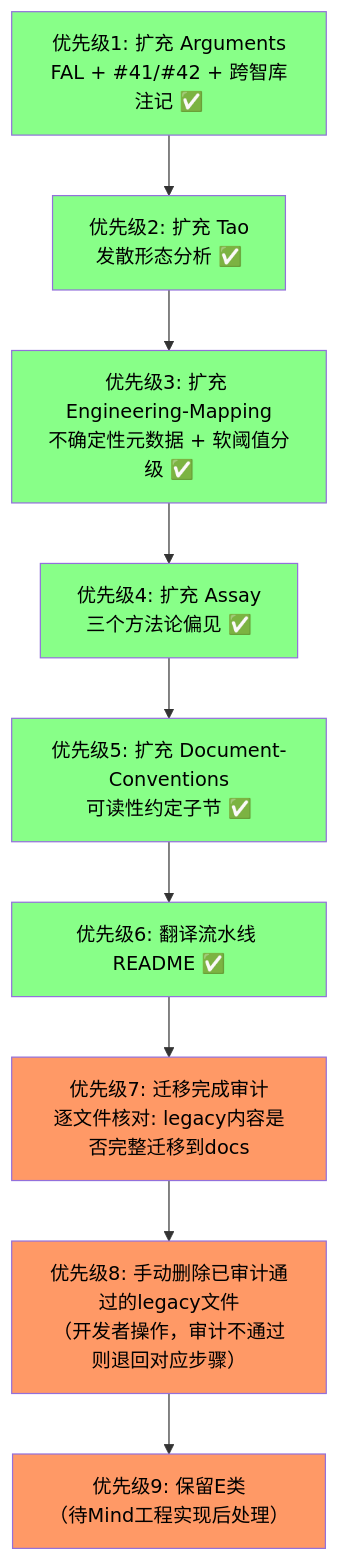
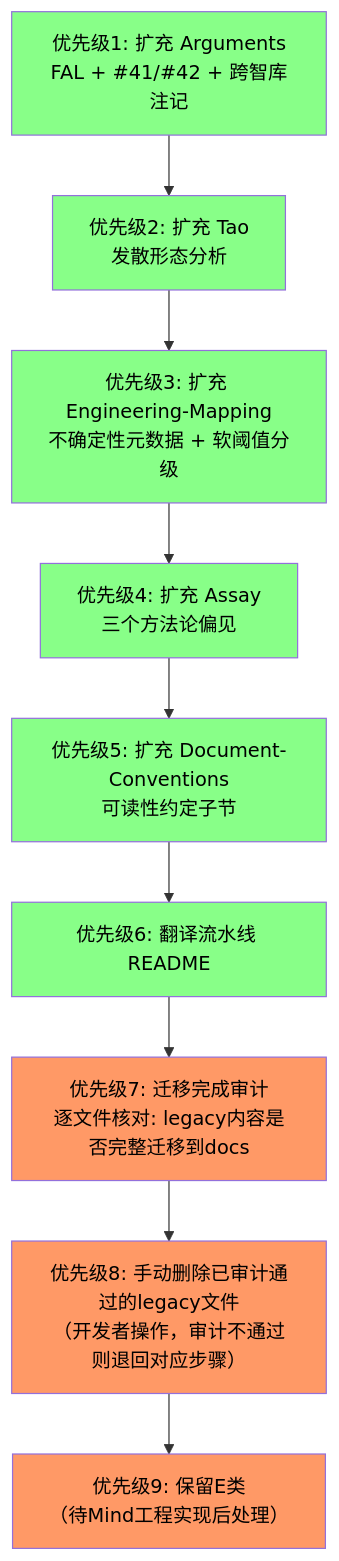
One commit to sgmov/sihankor changed the diagram in docs/plan/SiHankor-Legacy-Migration-Plan.sih.md. Above: the diagram before and after it, drawn with Mermaid. The commit also changed other lines of this file and 2 other files, not shown here.

Commit message:
迁移: mind.sih.md -> decisions/SiHankor-External-Validation.sih.md，添加 frontmatter + 清理内容 + 修复风格违规

````diff
--- a/docs/plan/SiHankor-Legacy-Migration-Plan.sih.md
+++ b/docs/plan/SiHankor-Legacy-Migration-Plan.sih.md
@@ -284,21 +284,21 @@
 ```mermaid
 flowchart TD
-    P1["优先级1: 扩充 Arguments\nFAL + #41/#42 + 跨智库注记 ✅"] --> P2["优先级2: 扩充 Tao\n发散形态分析 ✅"]
-    P2 --> P3["优先级3: 扩充 Engineering-Mapping\n不确定性元数据 + 软阈值分级 ✅"]
-    P3 --> P4["优先级4: 扩充 Assay\n三个方法论偏见 ✅"]
-    P4 --> P5["优先级5: 扩充 Document-Conventions\n可读性约定子节 ✅"]
-    P5 --> P6["优先级6: 翻译流水线 README ✅"]
+    P1["优先级1: 扩充 Arguments\nFAL + #41/#42 + 跨智库注记 "] --> P2["优先级2: 扩充 Tao\n发散形态分析 "]
+    P2 --> P3["优先级3: 扩充 Engineering-Mapping\n不确定性元数据 + 软阈值分级 "]
+    P3 --> P4["优先级4: 扩充 Assay\n三个方法论偏见 "]
+    P4 --> P5["优先级5: 扩充 Document-Conventions\n可读性约定子节 "]
+    P5 --> P6["优先级6: 翻译流水线 README "]
     P6 --> P7["优先级7: 迁移完成审计\n逐文件核对: legacy内容是否完整迁移到docs"]
     P7 --> P8["优先级8: 手动删除已审计通过的legacy文件\n（开发者操作，审计不通过则退回对应步骤）"]
     P8 --> P9["优先级9: 保留E类\n（待Mind工程实现后处理）"]
 
     style P1 fill:#8f8,color:#000
     style P2 fill:#8f8,color:#000
     style P3 fill:#8f8,color:#000
     style P4 fill:#8f8,color:#000
     style P5 fill:#8f8,color:#000
     style P6 fill:#8f8,color:#000
     style P7 fill:#f96,color:#000
     style P8 fill:#f96,color:#000
     style P9 fill:#f96,color:#000
 ```
````
